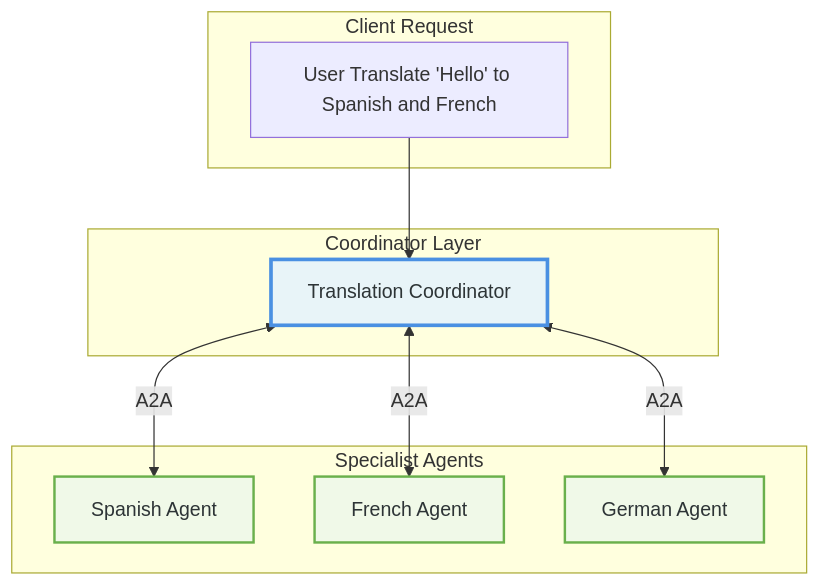
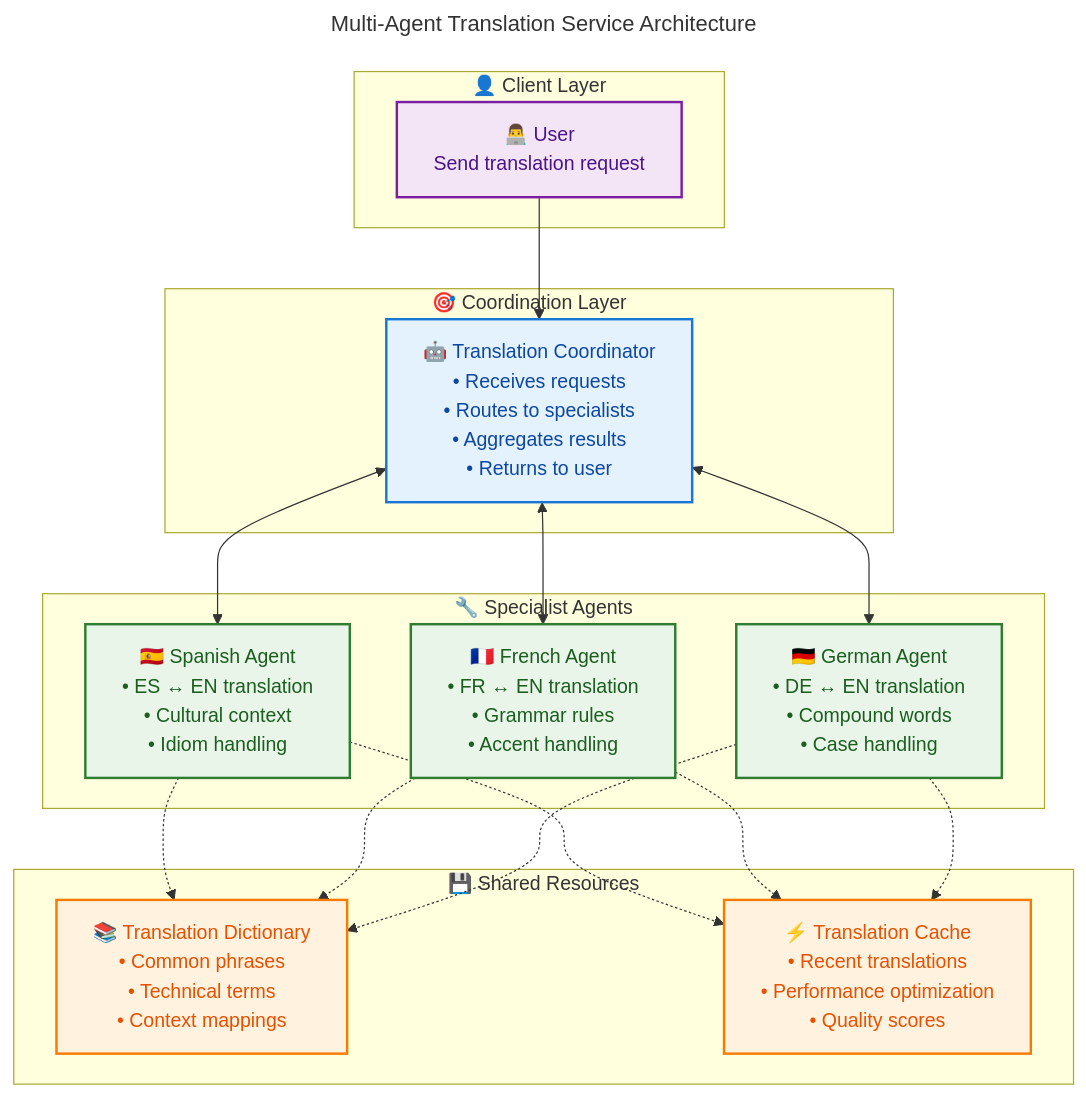
Diagram 21 of 22 in 28-a2a.md (raphaelmansuy/tutorials), drawn with Mermaid before and after one commit. The commit also changed other lines of this file, not shown here.

Commit message:
Implement feature X to enhance user experience and fix bug Y in module Z

````diff
--- a/28-a2a.md
+++ b/28-a2a.md
@@ -1027,26 +2133,47 @@
 ```mermaid
-graph TB
-    subgraph "Client Request"
-        U["User Translate 'Hello' to Spanish and French"]
+---
+title: Multi-Agent Translation Service Architecture
+---
+flowchart TB
+    subgraph "👤 Client Layer"
+        USER["👨‍💻 User<br/>Send translation request"]
+    end
+    
+    subgraph "🎯 Coordination Layer"
+        COORD["🤖 Translation Coordinator<br/>• Receives requests<br/>• Routes to specialists<br/>• Aggregates results<br/>• Returns to user"]
+    end
+    
+    subgraph "🔧 Specialist Agents"
+        SPANISH["🇪🇸 Spanish Agent<br/>• ES ↔ EN translation<br/>• Cultural context<br/>• Idiom handling"]
+        FRENCH["🇫🇷 French Agent<br/>• FR ↔ EN translation<br/>• Grammar rules<br/>• Accent handling"] 
+        GERMAN["🇩🇪 German Agent<br/>• DE ↔ EN translation<br/>• Compound words<br/>• Case handling"]
+    end
+    
+    subgraph "💾 Shared Resources"
+        DICT["📚 Translation Dictionary<br/>• Common phrases<br/>• Technical terms<br/>• Context mappings"]
+        CACHE["⚡ Translation Cache<br/>• Recent translations<br/>• Performance optimization<br/>• Quality scores"]
     end
 
-    subgraph "Coordinator Layer"
-        TC[Translation Coordinator]
-    end
-
-    subgraph "Specialist Agents"
-        SA[Spanish Agent]
-        FA[French Agent]
-        GA[German Agent]
-    end
-
-    U --> TC
-    TC <-->|A2A| SA
-    TC <-->|A2A| FA
-    TC <-->|A2A| GA
-
-    style TC fill:#e8f4f8,stroke:#4a90e2,stroke-width:3px,color:#2d3436
-    style SA fill:#f0f9e8,stroke:#6ab04c,stroke-width:2px,color:#2d3436
-    style FA fill:#f0f9e8,stroke:#6ab04c,stroke-width:2px,color:#2d3436
-    style GA fill:#f0f9e8,stroke:#6ab04c,stroke-width:2px,color:#2d3436
+    USER --> COORD
+    COORD <--> SPANISH
+    COORD <--> FRENCH
+    COORD <--> GERMAN
+    
+    SPANISH -.-> DICT
+    FRENCH -.-> DICT
+    GERMAN -.-> DICT
+    
+    SPANISH -.-> CACHE
+    FRENCH -.-> CACHE
+    GERMAN -.-> CACHE
+    
+    classDef client fill:#f3e5f5,stroke:#7b1fa2,stroke-width:2px,color:#4a148c
+    classDef coordinator fill:#e3f2fd,stroke:#1976d2,stroke-width:2px,color:#0d47a1
+    classDef specialist fill:#e8f5e8,stroke:#2e7d32,stroke-width:2px,color:#1b5e20
+    classDef resource fill:#fff3e0,stroke:#f57c00,stroke-width:2px,color:#e65100
+    
+    class USER client
+    class COORD coordinator
+    class SPANISH,FRENCH,GERMAN specialist
+    class DICT,CACHE resource
 ```
````
